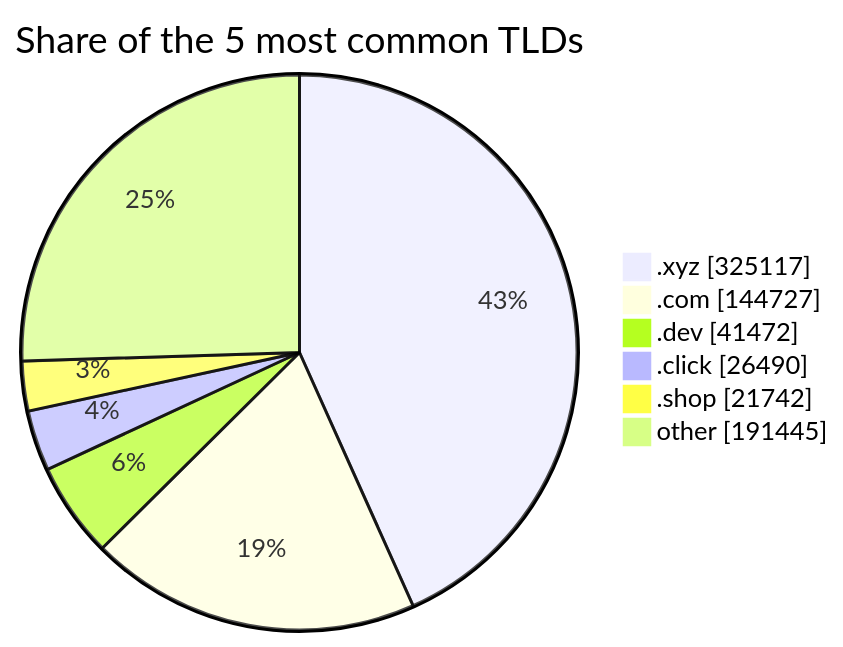
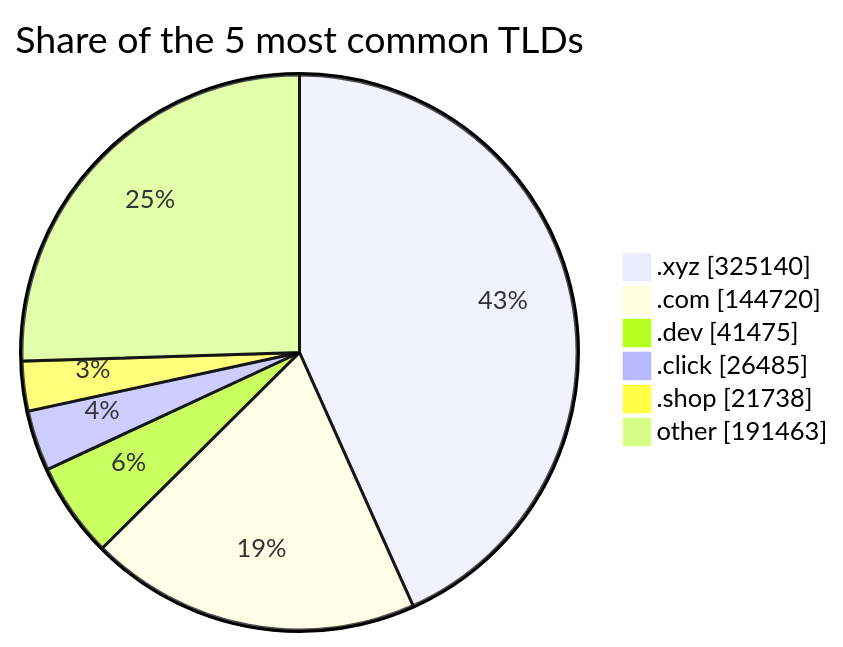
The third of 3 diagrams in README.md (DNSBunker/CTI), drawn with Mermaid before and after one commit. The commit also changed other lines of this file and 3 other files, not shown here.

````diff
--- a/README.md
+++ b/README.md
@@ -81,9 +81,9 @@
 ```mermaid
 pie showData title Share of the 5 most common TLDs
-    ".xyz" : 325117
-    ".com" : 144727
-    ".dev" : 41472
-    ".click" : 26490
-    ".shop" : 21742
-    "other" : 191445
+    ".xyz" : 325140
+    ".com" : 144720
+    ".dev" : 41475
+    ".click" : 26485
+    ".shop" : 21738
+    "other" : 191463
 ```
````
